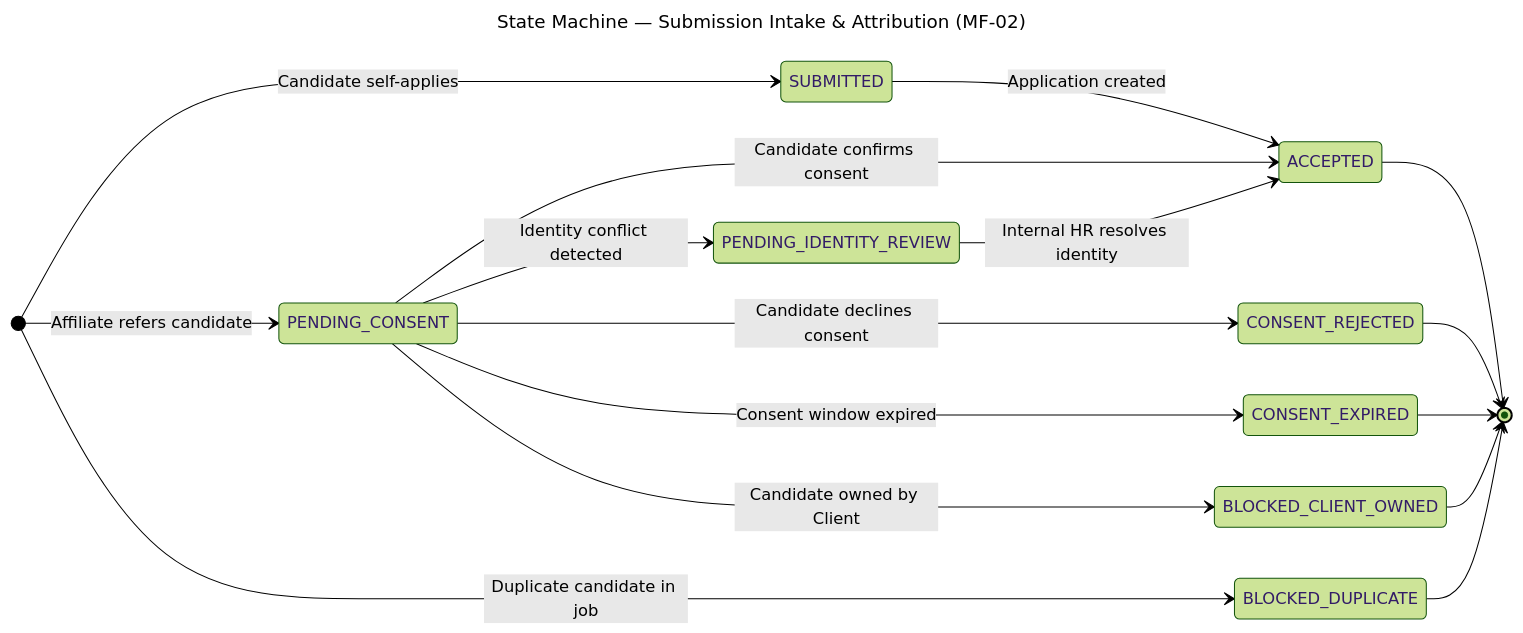
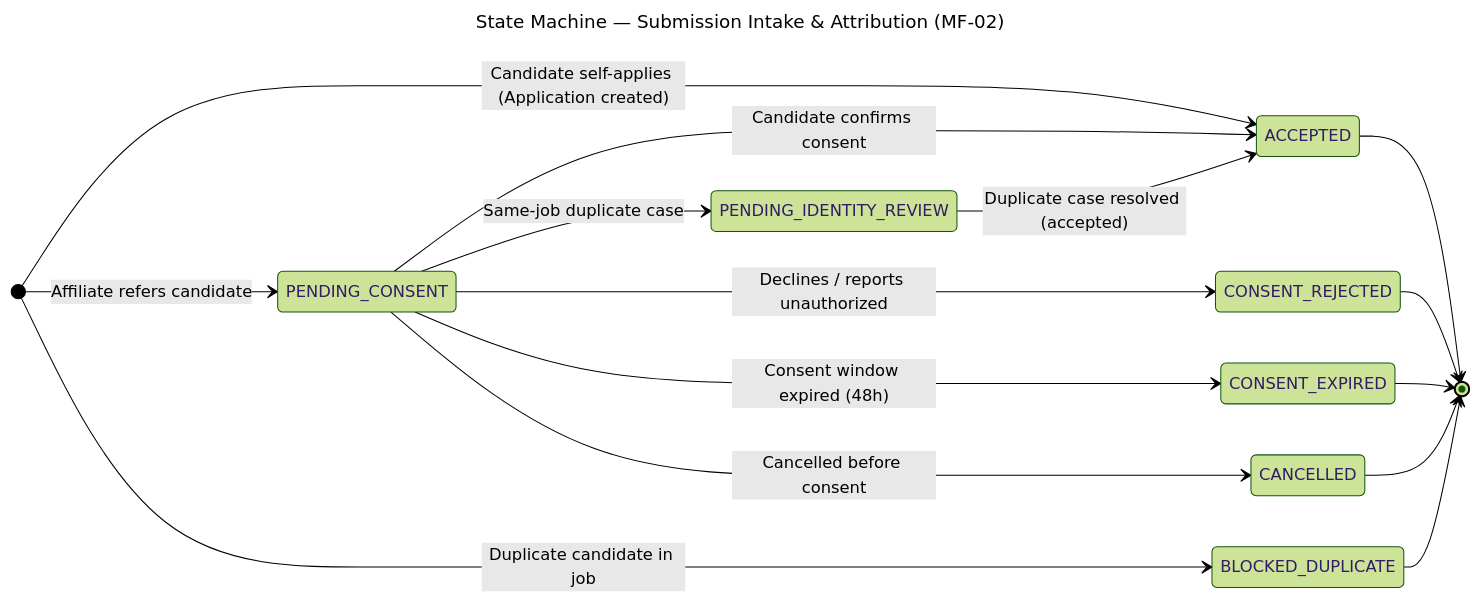
Before and after one commit to hoangqui794/hr-connect: the diagram in docs/diagrams/state-machines/source/sm-submission.mmd, drawn with Mermaid (forest theme). The commit also changed 40 other files, not shown here.

Commit message:
chore(mf02): update MF02 call flow specification and synchronize system state definitions

```diff
--- a/docs/diagrams/state-machines/source/sm-submission.mmd
+++ b/docs/diagrams/state-machines/source/sm-submission.mmd
@@ -1,20 +1,19 @@
 ---
 title: State Machine — Submission Intake & Attribution (MF-02)
 ---
 stateDiagram-v2
   direction LR
-  [*] --> SUBMITTED : Candidate self-applies
+  [*] --> ACCEPTED : Candidate self-applies (Application created)
   [*] --> PENDING_CONSENT : Affiliate refers candidate
   [*] --> BLOCKED_DUPLICATE : Duplicate candidate in job
-  SUBMITTED --> ACCEPTED : Application created
   PENDING_CONSENT --> ACCEPTED : Candidate confirms consent
-  PENDING_CONSENT --> PENDING_IDENTITY_REVIEW : Identity conflict detected
-  PENDING_IDENTITY_REVIEW --> ACCEPTED : Internal HR resolves identity
-  PENDING_CONSENT --> CONSENT_REJECTED : Candidate declines consent
-  PENDING_CONSENT --> CONSENT_EXPIRED : Consent window expired
-  PENDING_CONSENT --> BLOCKED_CLIENT_OWNED : Candidate owned by Client
+  PENDING_CONSENT --> PENDING_IDENTITY_REVIEW : Same-job duplicate case
+  PENDING_IDENTITY_REVIEW --> ACCEPTED : Duplicate case resolved (accepted)
+  PENDING_CONSENT --> CONSENT_REJECTED : Declines / reports unauthorized
+  PENDING_CONSENT --> CONSENT_EXPIRED : Consent window expired (48h)
+  PENDING_CONSENT --> CANCELLED : Cancelled before consent
   ACCEPTED --> [*]
   CONSENT_REJECTED --> [*]
   CONSENT_EXPIRED --> [*]
-  BLOCKED_CLIENT_OWNED --> [*]
+  CANCELLED --> [*]
   BLOCKED_DUPLICATE --> [*]
```
